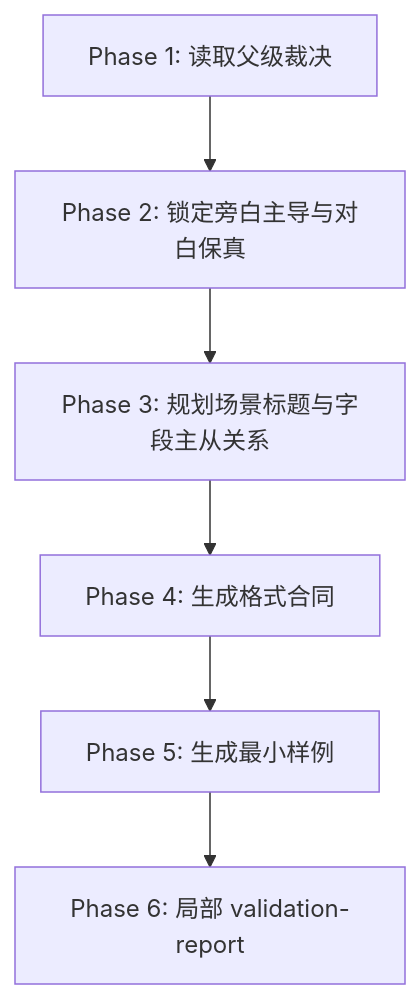
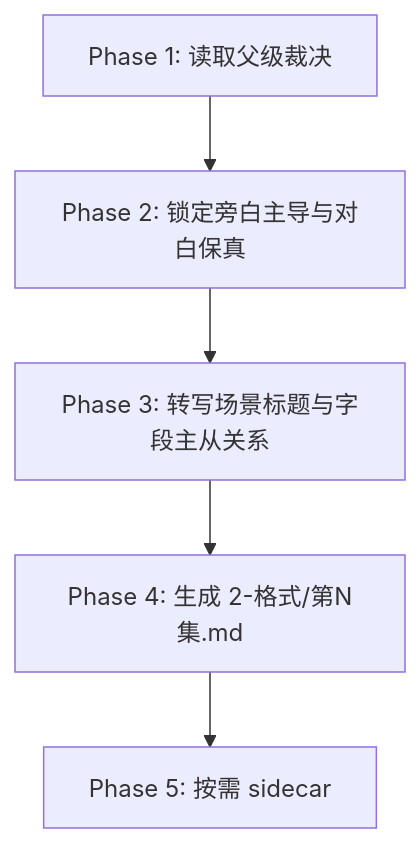
The diagram in .agents/skills/aigc/1-规划/subtypes/2-格式/subtypes/解说剧/references/execution-flow.md (ZEN-VOID/AI-CUT), drawn with Mermaid before and after one commit. The commit also changed other lines of this file and 54 other files, not shown here.

````diff
--- a/.agents/skills/aigc/1-规划/subtypes/2-格式/subtypes/解说剧/references/execution-flow.md
+++ b/.agents/skills/aigc/1-规划/subtypes/2-格式/subtypes/解说剧/references/execution-flow.md
@@ -7,8 +7,7 @@
 ```mermaid
 flowchart TD
     A["Phase 1: 读取父级裁决"] --> B["Phase 2: 锁定旁白主导与对白保真"]
-    B --> C["Phase 3: 规划场景标题与字段主从关系"]
-    C --> D["Phase 4: 生成格式合同"]
-    D --> E["Phase 5: 生成最小样例"]
-    E --> F["Phase 6: 局部 validation-report"]
+    B --> C["Phase 3: 转写场景标题与字段主从关系"]
+    C --> D["Phase 4: 生成 2-格式/第N集.md"]
+    D --> E["Phase 5: 按需 sidecar"]
 ```
````
